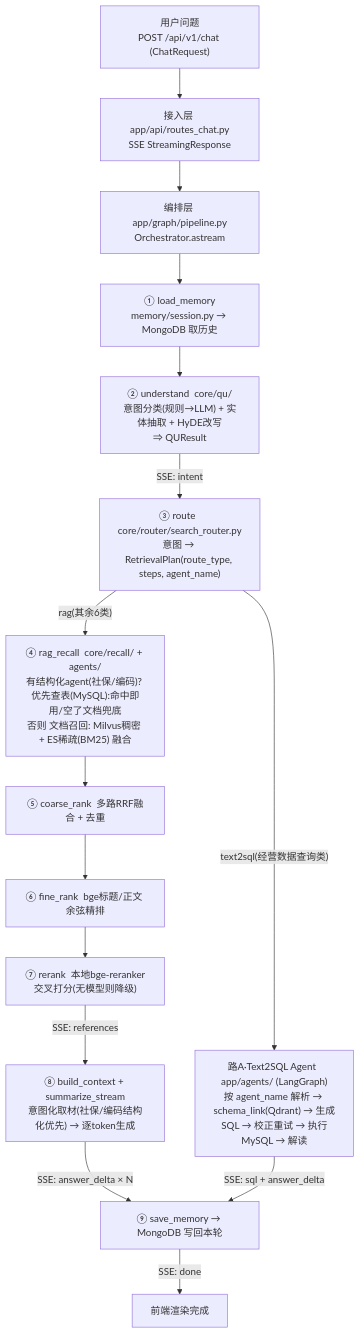
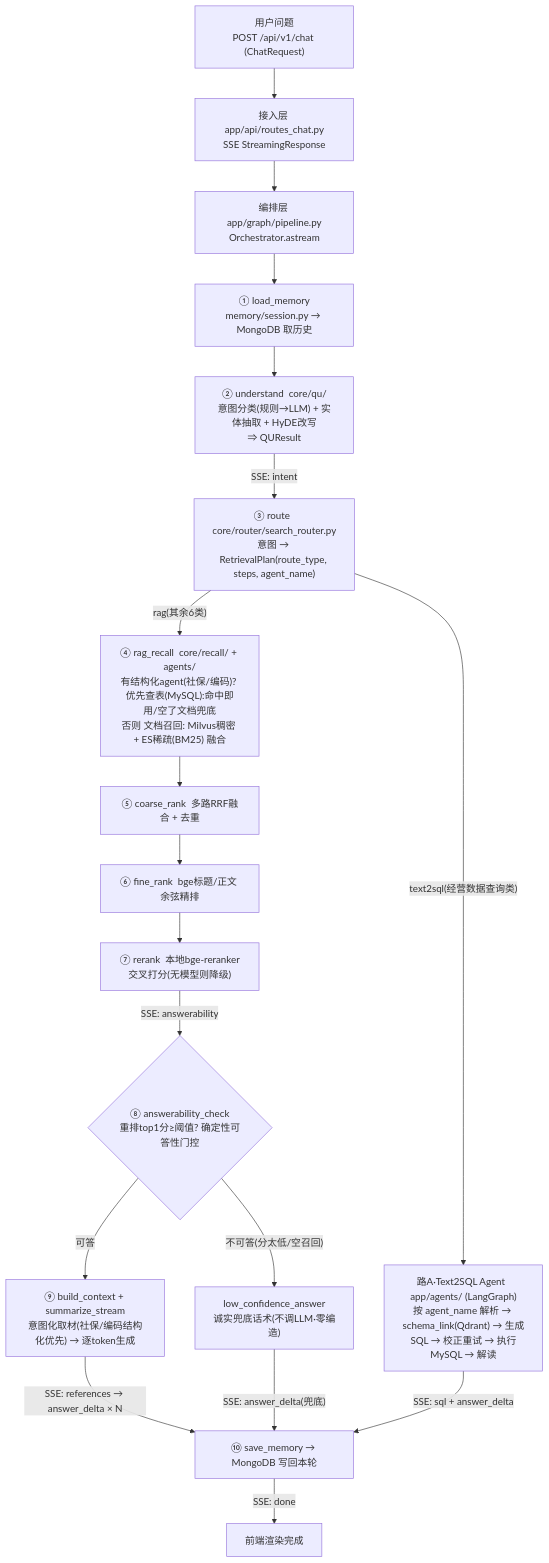
Before and after one commit to shifuyoubanfa/tax_qa_platform: the first of 2 diagrams in docs/学习导图.md, drawn with Mermaid. The commit also changed other lines of this file and 6 other files, not shown here.

````diff
--- a/docs/学习导图.md
+++ b/docs/学习导图.md
@@ -15,17 +15,20 @@
 ```mermaid
 flowchart TD
   U["用户问题<br/>POST /api/v1/chat (ChatRequest)"] --> API["接入层 app/api/routes_chat.py<br/>SSE StreamingResponse"]
   API --> ORC["编排层 app/graph/pipeline.py<br/>Orchestrator.astream"]
   ORC --> M1["① load_memory<br/>memory/session.py → MongoDB 取历史"]
   M1 --> QU["② understand  core/qu/<br/>意图分类(规则→LLM) + 实体抽取 + HyDE改写<br/>⇒ QUResult"]
   QU -- "SSE: intent" --> RT["③ route  core/router/search_router.py<br/>意图 → RetrievalPlan(route_type, steps, agent_name)"]
   RT -- "text2sql(经营数据查询类)" --> T["路A·Text2SQL Agent  app/agents/ (LangGraph)<br/>按 agent_name 解析 → schema_link(Qdrant) → 生成SQL → 校正重试 → 执行MySQL → 解读"]
   RT -- "rag(其余6类)" --> R4["④ rag_recall  core/recall/ + agents/<br/>有结构化agent(社保/编码)? 优先查表(MySQL):命中即用/空了文档兜底<br/>否则 文档召回: Milvus稠密 + ES稀疏(BM25) 融合"]
   R4 --> R5["⑤ coarse_rank  多路RRF融合 + 去重"]
   R5 --> R6["⑥ fine_rank  bge标题/正文 余弦精排"]
   R6 --> R7["⑦ rerank  本地bge-reranker交叉打分(无模型则降级)"]
-  R7 -- "SSE: references" --> R8["⑧ build_context + summarize_stream<br/>意图化取材(社保/编码结构化优先) → 逐token生成"]
-  R8 -- "SSE: answer_delta × N" --> SAVE["⑨ save_memory → MongoDB 写回本轮"]
+  R7 -- "SSE: answerability" --> R7b{"⑧ answerability_check<br/>重排top1分≥阈值? 确定性可答性门控"}
+  R7b -- "可答" --> R8["⑨ build_context + summarize_stream<br/>意图化取材(社保/编码结构化优先) → 逐token生成"]
+  R7b -- "不可答(分太低/空召回)" --> R8b["low_confidence_answer<br/>诚实兜底话术(不调LLM·零编造)"]
+  R8 -- "SSE: references → answer_delta × N" --> SAVE["⑩ save_memory → MongoDB 写回本轮"]
+  R8b -- "SSE: answer_delta(兜底)" --> SAVE
   T -- "SSE: sql + answer_delta" --> SAVE
   SAVE -- "SSE: done" --> DONE["前端渲染完成"]
 ```
````
